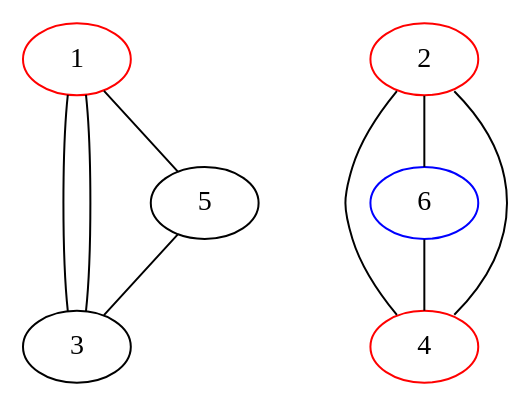
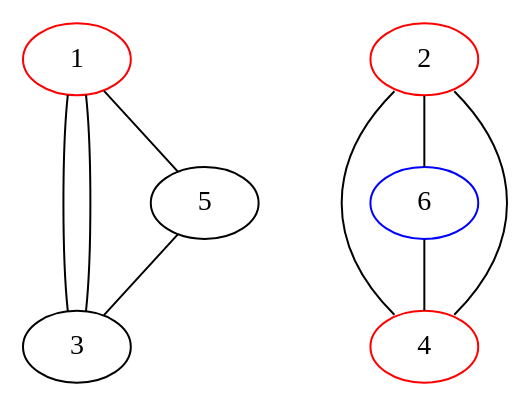
Before and after one commit to bilboquet/gamelib: the diagram in sprouts/start_2_nodes/12232.dot, drawn with Graphviz. The commit also changed 15 other files, not shown here.

```diff
--- a/sprouts/start_2_nodes/12232.dot
+++ b/sprouts/start_2_nodes/12232.dot
@@ -1,42 +1,42 @@
 graph {
 
   subgraph A {
     1 -- 3;
     1 -- 3;
     1 -- 5;
     5 -- 3;
 
   }
 
 
   subgraph B {
     2 -- 4 [headport="ne", tailport="se"];
-    2 -- 4 [headport="so", tailport="no"];
+    2 -- 4 [headport="nw", tailport="sw"];
     2 -- 6 [weight=4];
     6 -- 4 [weight=4];
 
   }
 
 
   {
     rank="min";
     1;
     2;
 
   }
 
 
   {
     rank="same";
     5;
     6;
 
   }
 
   1 [color="red"];
   2 [color="red"];
   4 [color="red"];
   4 [color="red"];
   6 [color="blue"];
 
 }
```
